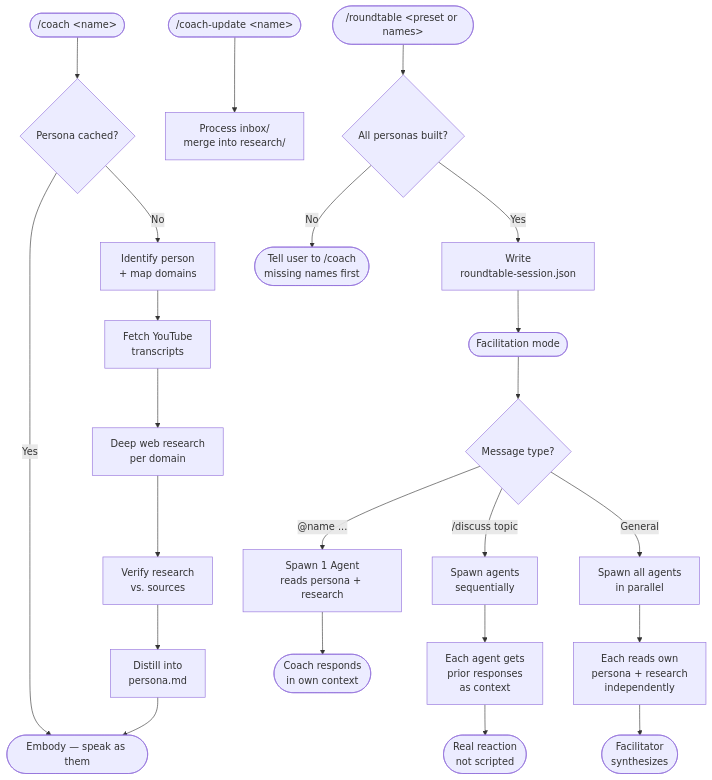
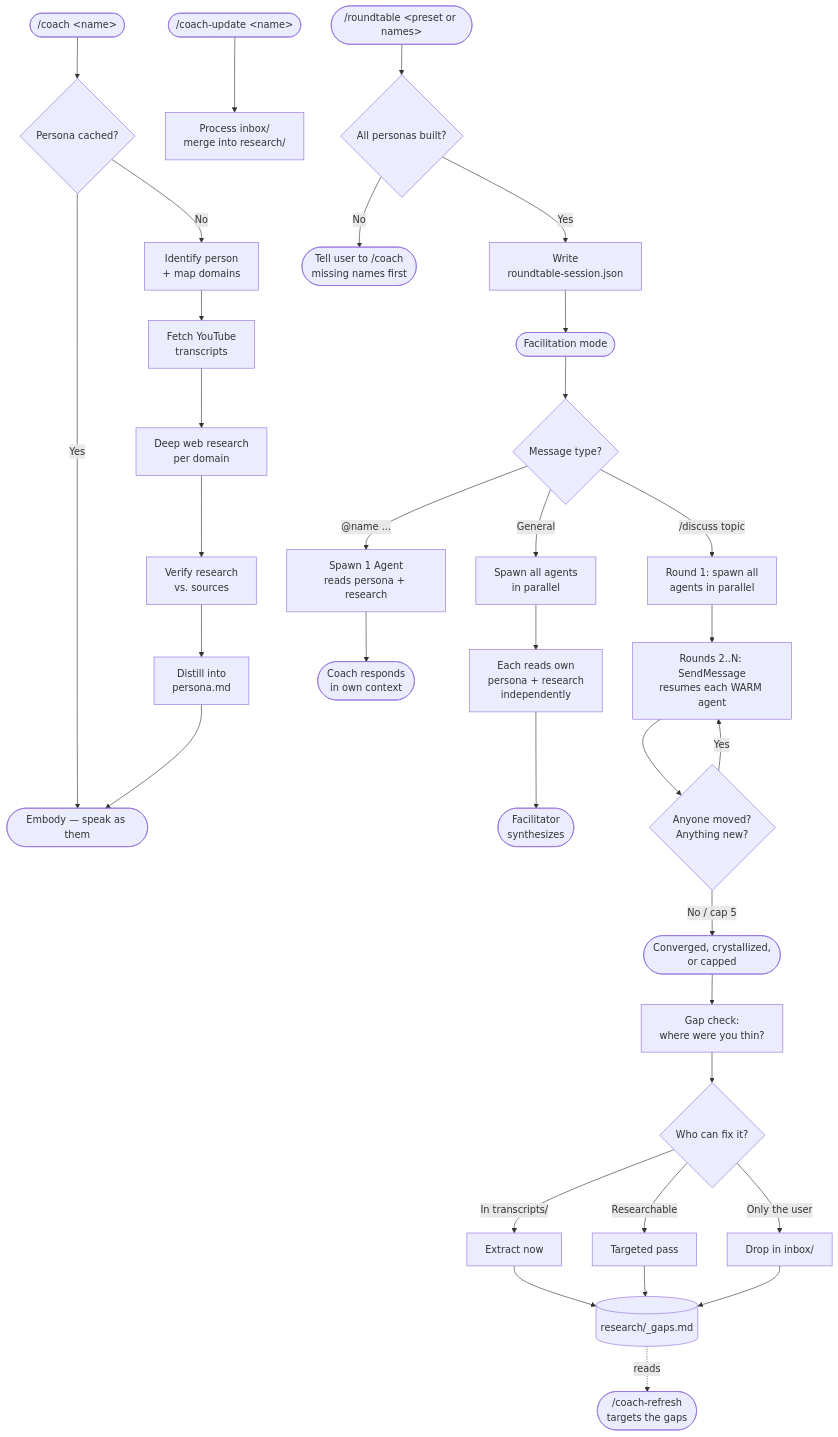
One commit to YahyaZekry/Agora-RoundTable changed the diagram in README.md. Above: the diagram before and after it, drawn with Mermaid. The commit also changed other lines of this file and 13 other files, not shown here.

````diff
--- a/README.md
+++ b/README.md
@@ -61,28 +63,40 @@
 ```mermaid
 flowchart TD
     A(["/coach &lt;name&gt;"]) --> B{Persona cached?}
     B -- Yes --> I
     B -- No --> D[Identify person\n+ map domains]
     D --> E[Fetch YouTube\ntranscripts]
     E --> F[Deep web research\nper domain]
     F --> G[Verify research\nvs. sources]
     G --> H[Distill into\npersona.md]
     H --> I([Embody — speak as them])
 
     U(["/coach-update &lt;name&gt;"]) --> V[Process inbox/\nmerge into research/]
 
     J(["/roundtable &lt;preset or names&gt;"]) --> K{All personas built?}
     K -- No --> L([Tell user to /coach\nmissing names first])
     K -- Yes --> M[Write\nroundtable-session.json]
     M --> N([Facilitation mode])
 
     N --> O{Message type?}
     O -- "@name ..." --> P1[Spawn 1 Agent\nreads persona + research]
     P1 --> P2([Coach responds\nin own context])
-    O -- "/discuss topic" --> Q1[Spawn agents\nsequentially]
-    Q1 --> Q2[Each agent gets\nprior responses\nas context]
-    Q2 --> Q3([Real reaction\nnot scripted])
     O -- General --> R1[Spawn all agents\nin parallel]
     R1 --> R2[Each reads own\npersona + research\nindependently]
     R2 --> R3([Facilitator\nsynthesizes])
+
+    O -- "/discuss topic" --> Q1[Round 1: spawn all\nagents in parallel]
+    Q1 --> Q2[Rounds 2..N: SendMessage\nresumes each WARM agent]
+    Q2 --> Q3{Anyone moved?\nAnything new?}
+    Q3 -- Yes --> Q2
+    Q3 -- "No / cap 5" --> Q4([Converged, crystallized,\nor capped])
+    Q4 --> G1[Gap check:\nwhere were you thin?]
+    G1 --> G2{Who can fix it?}
+    G2 -- "In transcripts/" --> G3[Extract now]
+    G2 -- Researchable --> G4[Targeted pass]
+    G2 -- "Only the user" --> G5[Drop in inbox/]
+    G3 --> G6[(research/_gaps.md)]
+    G4 --> G6
+    G5 --> G6
+    G6 -.reads.-> S(["/coach-refresh\ntargets the gaps"])
 ```
````
